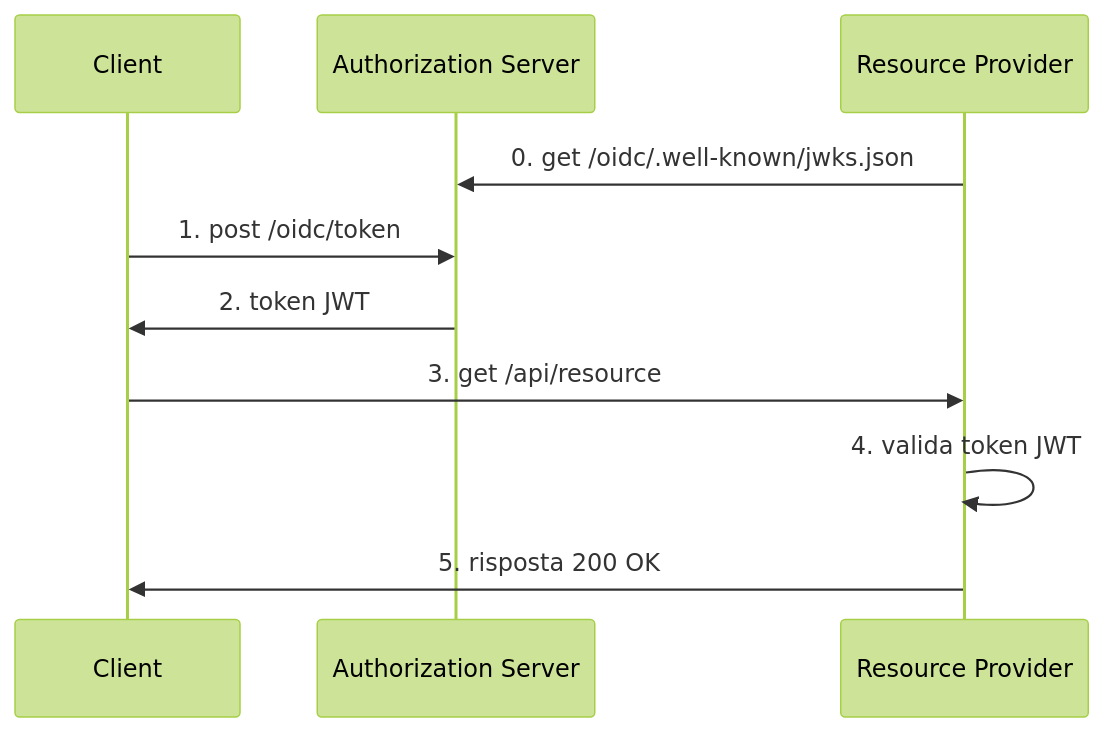
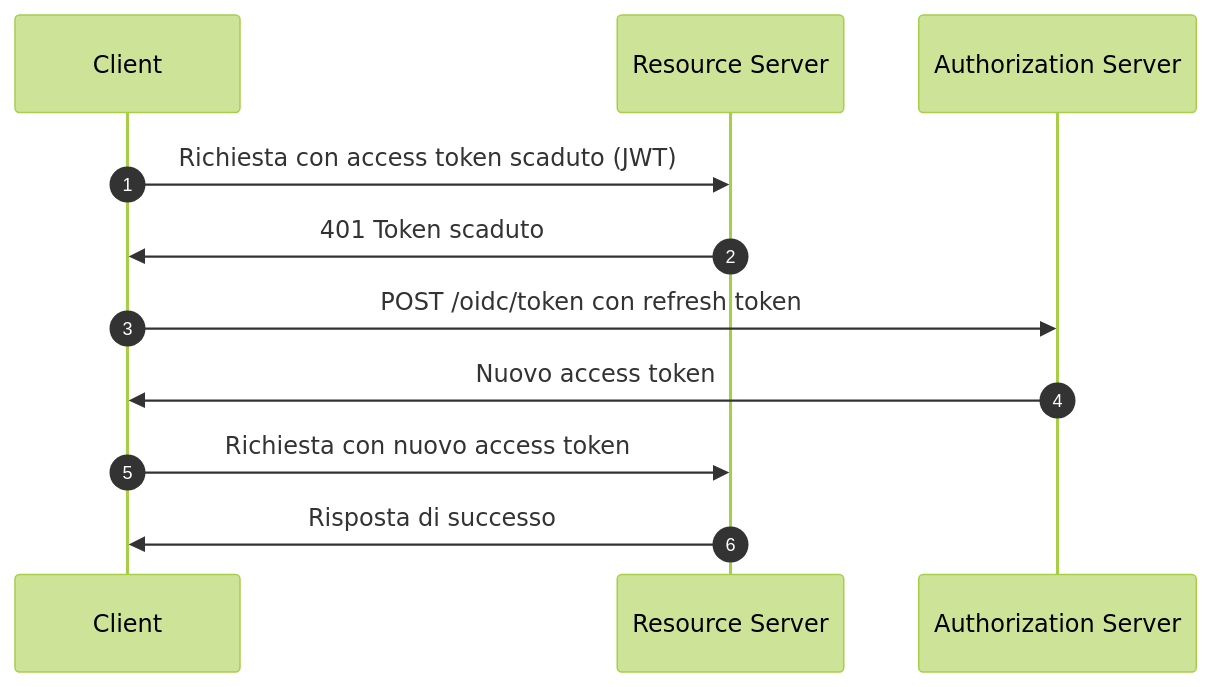
The fifth of 5 diagrams in src/content/terms/it/opaque-token.mdx (logto-io/auth-wiki), drawn with Mermaid (forest theme) before and after one commit. The commit also changed other lines of this file and 95 other files, not shown here.

````diff
--- a/src/content/terms/it/opaque-token.mdx
+++ b/src/content/terms/it/opaque-token.mdx
@@ -73,16 +123,14 @@
 ```mermaid
+sequenceDiagram
+    participant Client as Client
+    participant RS as Resource Server
+    participant AS as Authorization Server
+    autonumber
 
-sequenceDiagram
-    participant C as Client
-    participant AS as Authorization Server
-    participant RP as Resource Provider
-
-    RP ->> AS: 0. get /oidc/.well-known/jwks.json
-
-    C ->> AS: 1. post /oidc/token
-    AS ->> C: 2. token JWT
-    C ->> RP: 3. get /api/resource
-    RP ->> RP: 4. valida token JWT
-    RP ->> C: 5. risposta 200 OK
-
+    Client->>RS: Richiesta con access token scaduto (JWT)
+    RS->>Client: 401 Token scaduto
+    Client->>AS: POST /oidc/token con refresh token
+    AS->>Client: Nuovo access token
+    Client->>RS: Richiesta con nuovo access token
+    RS->>Client: Risposta di successo
 ```
````
